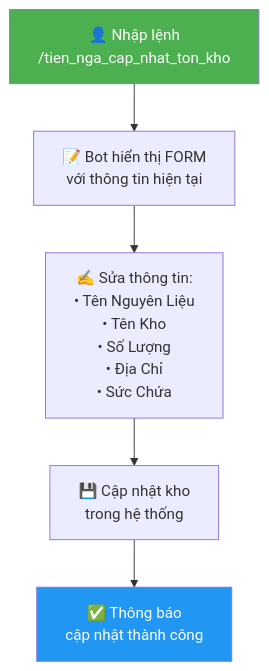
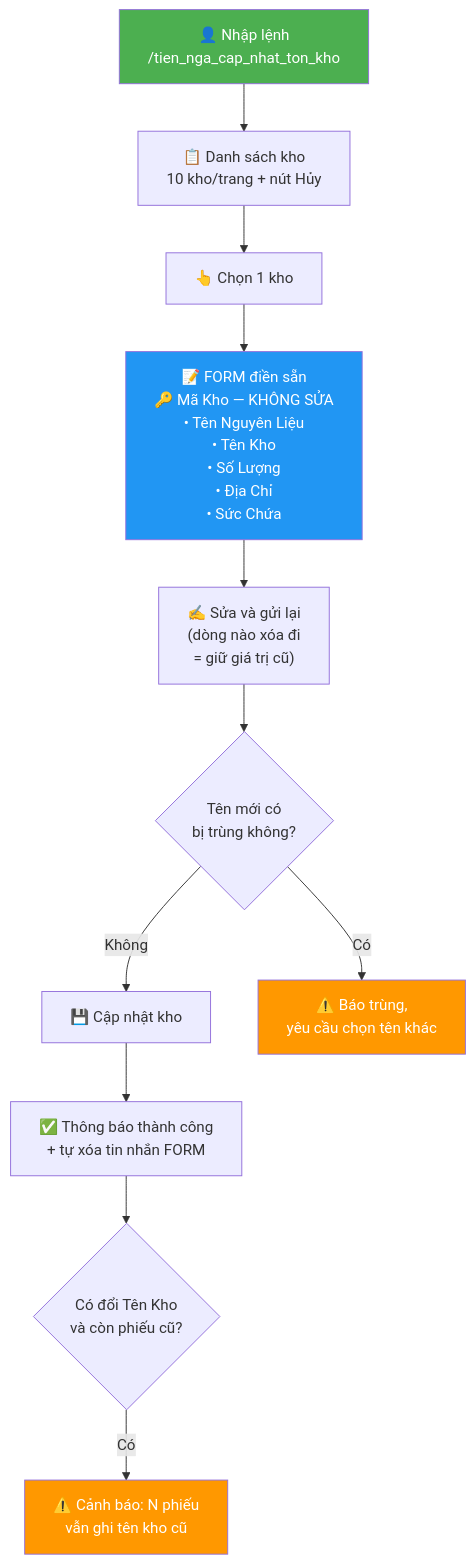
Before and after one commit to danglm/backend_bot: the fifth of 8 diagrams in inventory_workflow.md, drawn with Mermaid. The commit also changed other lines of this file and 2 other files, not shown here.

````diff
--- a/inventory_workflow.md
+++ b/inventory_workflow.md
@@ -96,10 +115,18 @@
 ```mermaid
 flowchart TD
-    A["👤 Nhập lệnh\n/tien_nga_cap_nhat_ton_kho"] --> B["📝 Bot hiển thị FORM\nvới thông tin hiện tại"]
-    B --> C["✍️ Sửa thông tin:\n• Tên Nguyên Liệu\n• Tên Kho\n• Số Lượng\n• Địa Chỉ\n• Sức Chứa"]
-    C --> D["💾 Cập nhật kho\ntrong hệ thống"]
-    D --> E["✅ Thông báo\ncập nhật thành công"]
+    A["👤 Nhập lệnh\n/tien_nga_cap_nhat_ton_kho"] --> B["📋 Danh sách kho\n10 kho/trang + nút Hủy"]
+    B --> C["👆 Chọn 1 kho"]
+    C --> D["📝 FORM điền sẵn\n🔑 Mã Kho — KHÔNG SỬA\n• Tên Nguyên Liệu\n• Tên Kho\n• Số Lượng\n• Địa Chỉ\n• Sức Chứa"]
+    D --> E["✍️ Sửa và gửi lại\n(dòng nào xóa đi\n= giữ giá trị cũ)"]
+    E --> F{"Tên mới có\nbị trùng không?"}
+    F -- Không --> G["💾 Cập nhật kho"]
+    F -- Có --> H["⚠️ Báo trùng,\nyêu cầu chọn tên khác"]
+    G --> I["✅ Thông báo thành công\n+ tự xóa tin nhắn FORM"]
+    I --> J{"Có đổi Tên Kho\nvà còn phiếu cũ?"}
+    J -- Có --> K["⚠️ Cảnh báo: N phiếu\nvẫn ghi tên kho cũ"]
 
     style A fill:#4CAF50,color:#fff
-    style E fill:#2196F3,color:#fff
+    style D fill:#2196F3,color:#fff
+    style H fill:#FF9800,color:#fff
+    style K fill:#FF9800,color:#fff
 ```
````
